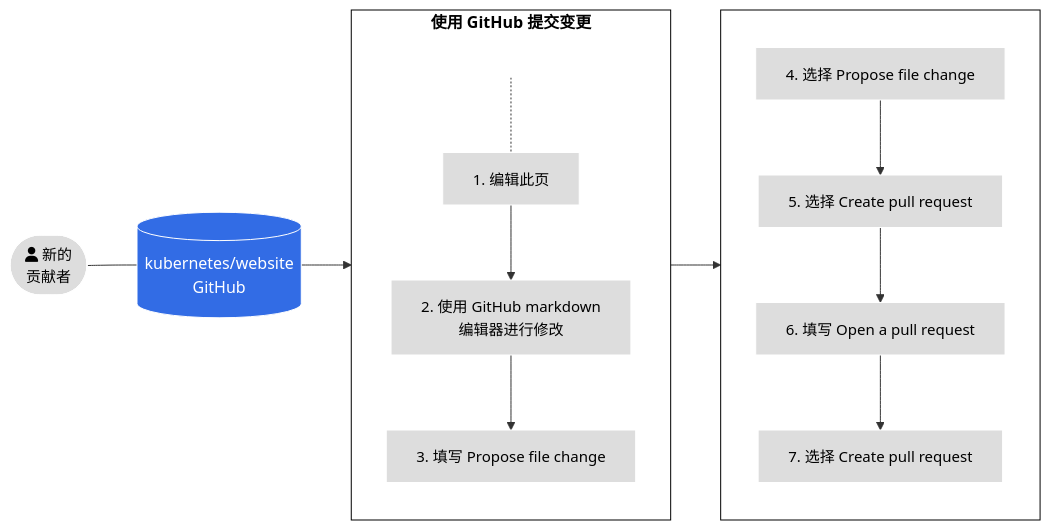
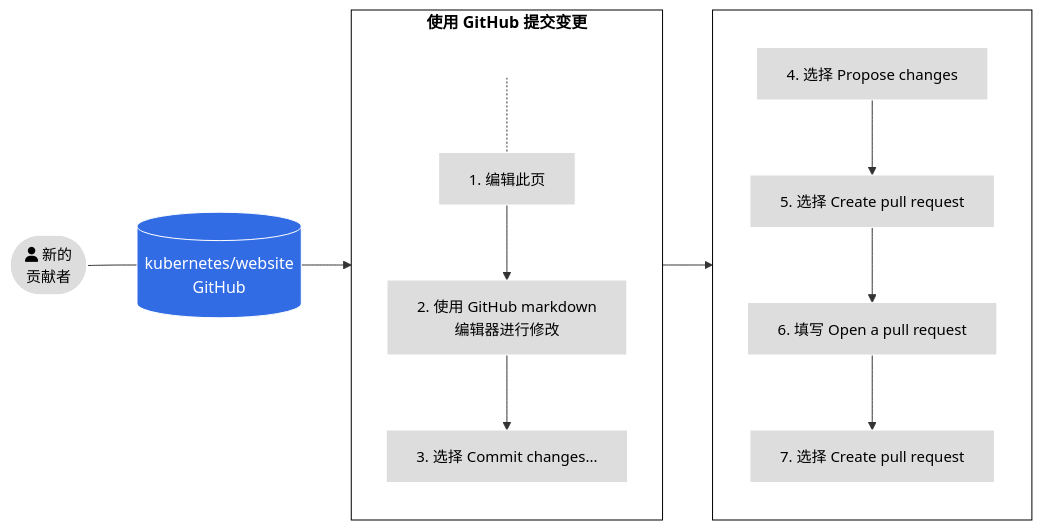
The first of 3 diagrams in content/zh-cn/docs/contribute/new-content/open-a-pr.md (kubernetes/website), drawn with Mermaid before and after one commit. The commit also changed other lines of this file and 1 other file, not shown here.

Commit message:
[zh-cn]sync open-a-pr control-plane-flags

```diff
--- a/content/zh-cn/docs/contribute/new-content/open-a-pr.md
+++ b/content/zh-cn/docs/contribute/new-content/open-a-pr.md
@@ -67,27 +67,27 @@
 {{< mermaid >}}
 flowchart LR
 A([fa:fa-user 新的<br>贡献者]) --- id1[(kubernetes/website<br>GitHub)]
 subgraph tasks[使用 GitHub 提交变更]
 direction TB
     0[ ] -.-
     1[1. 编辑此页] --> 2[2. 使用 GitHub markdown<br>编辑器进行修改]
-    2 --> 3[3. 填写 Propose file change]
+    2 --> 3[3. 选择 Commit changes...]
 
 end
 subgraph tasks2[ ]
 direction TB
-4[4. 选择 Propose file change] --> 5[5. 选择 Create pull request] --> 6[6. 填写 Open a pull request]
-6 --> 7[7. 选择 Create pull request] 
+4[4. 选择 Propose changes] --> 5[5. 选择 Create pull request] --> 6[6. 填写 Open a pull request]
+6 --> 7[7. 选择 Create pull request]
 end
 
 id1 --> tasks --> tasks2
 
 classDef grey fill:#dddddd,stroke:#ffffff,stroke-width:px,color:#000000, font-size:15px;
 classDef white fill:#ffffff,stroke:#000,stroke-width:px,color:#000,font-weight:bold
 classDef k8s fill:#326ce5,stroke:#fff,stroke-width:1px,color:#fff;
 classDef spacewhite fill:#ffffff,stroke:#fff,stroke-width:0px,color:#000
 class A,1,2,3,4,5,6,7 grey
 class 0 spacewhite
 class tasks,tasks2 white
 class id1 k8s
 {{</ mermaid >}}
```
